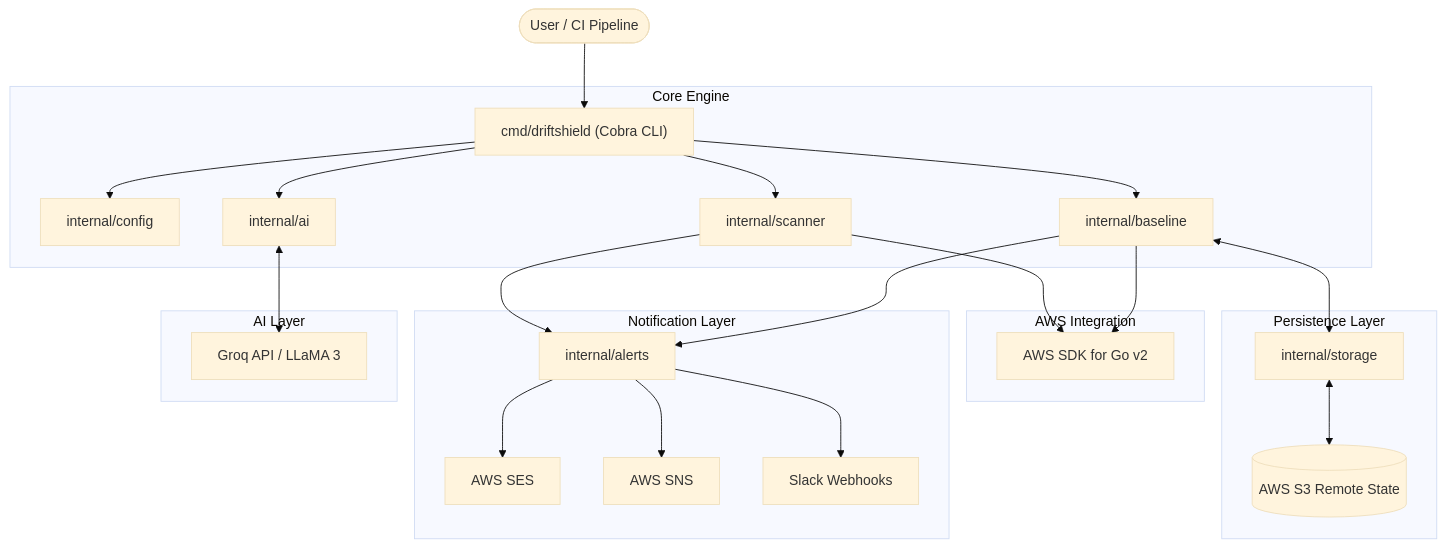
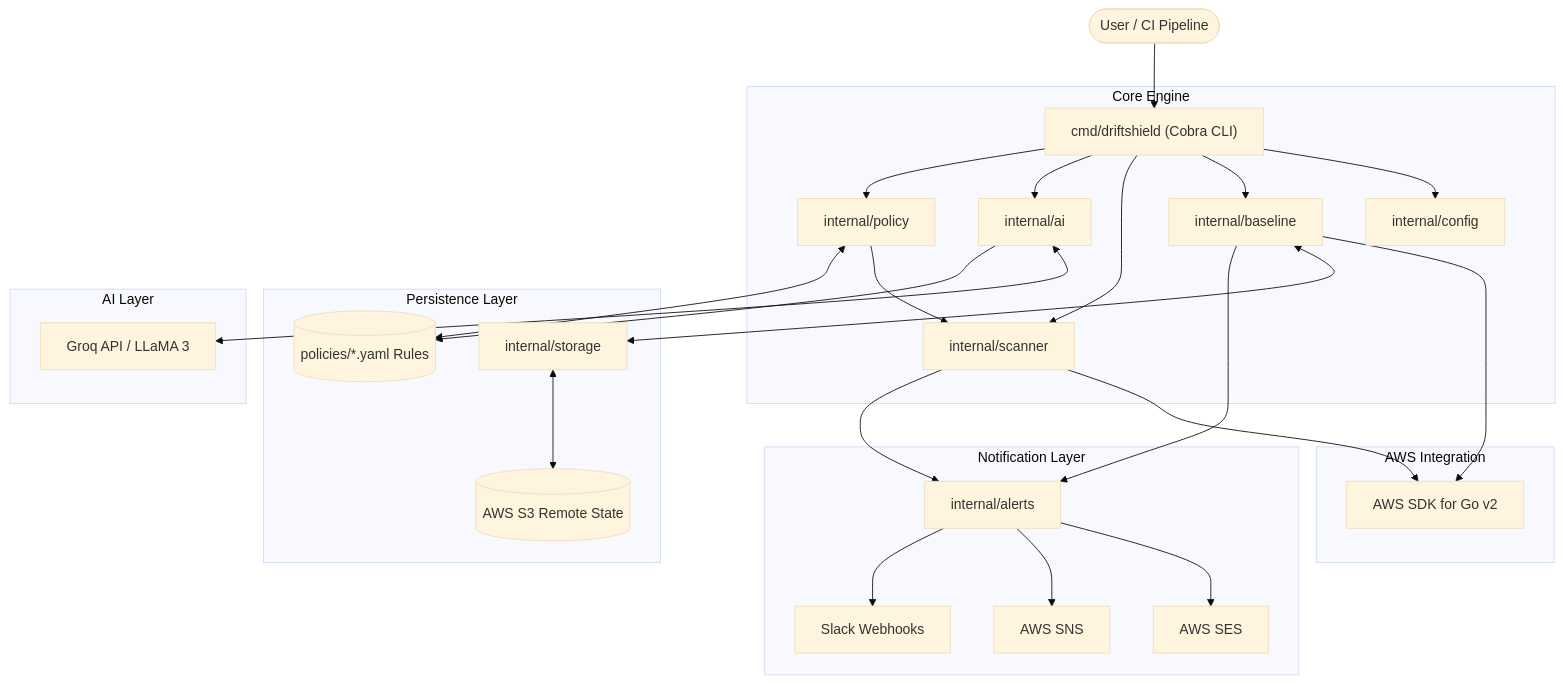
One commit to Stratify-Systems/DriftShield changed the diagram in docs/ARCHITECTURE.md. Above: the diagram before and after it, drawn with Mermaid (base theme). The commit also changed other lines of this file and 2 other files, not shown here.

Commit message:
feat: implement declarative Policy-as-Code engine with YAML support and AI-driven rule generation

````diff
--- a/docs/ARCHITECTURE.md
+++ b/docs/ARCHITECTURE.md
@@ -11,33 +11,37 @@
 ```mermaid
 graph TD
     User(["User / CI Pipeline"]) --> CLI["cmd/driftshield (Cobra CLI)"]
     
     subgraph Core Engine
         CLI --> Config["internal/config"]
         CLI --> Baseline["internal/baseline"]
         CLI --> Scanner["internal/scanner"]
         CLI --> AI["internal/ai"]
+        CLI --> Policy["internal/policy"]
     end
 
     subgraph AWS Integration
         Scanner --> SDK["AWS SDK for Go v2"]
         Baseline --> SDK
+        Policy --> Scanner
     end
 
     subgraph Persistence Layer
         Baseline <--> Storage["internal/storage"]
         Storage <--> S3Backend[("AWS S3 Remote State")]
+        Policy <--> PolicyFiles[("policies/*.yaml Rules")]
     end
 
     subgraph Notification Layer
         Scanner --> Alerts["internal/alerts"]
         Baseline --> Alerts
         Alerts --> SES["AWS SES"]
         Alerts --> SNS["AWS SNS"]
         Alerts --> Slack["Slack Webhooks"]
     end
 
     subgraph AI Layer
         AI <--> Groq["Groq API / LLaMA 3"]
+        AI --> PolicyFiles
     end
 ```
````
